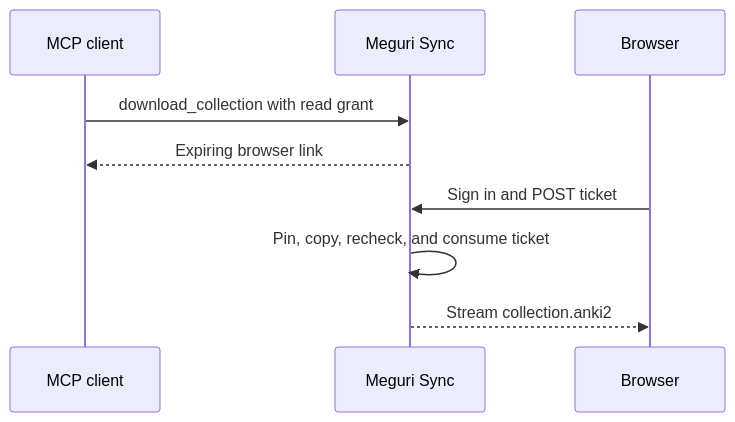
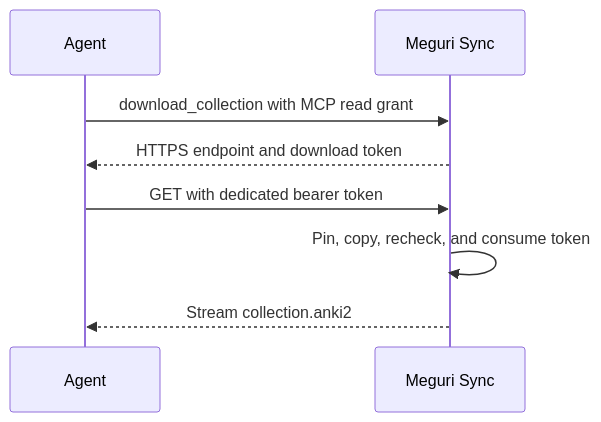
One commit to antoinefink/meguri changed the diagram in docs/plans/2026-11-23-feat-mcp-sqlite-download-plan.md. Above: the diagram before and after it, drawn with Mermaid. The commit also changed other lines of this file and 24 other files, not shown here.

First line of the commit message:
Let agents download the SQLite collection automatically

````diff
--- a/docs/plans/2026-11-23-feat-mcp-sqlite-download-plan.md
+++ b/docs/plans/2026-11-23-feat-mcp-sqlite-download-plan.md
@@ -15,11 +15,10 @@
 ```mermaid
 sequenceDiagram
-    participant Client as MCP client
+    participant Agent
     participant Server as Meguri Sync
-    participant Browser
-    Client->>Server: download_collection with read grant
-    Server-->>Client: Expiring browser link
-    Browser->>Server: Sign in and POST ticket
-    Server->>Server: Pin, copy, recheck, and consume ticket
-    Server-->>Browser: Stream collection.anki2
+    Agent->>Server: download_collection with MCP read grant
+    Server-->>Agent: HTTPS endpoint and download token
+    Agent->>Server: GET with dedicated bearer token
+    Server->>Server: Pin, copy, recheck, and consume token
+    Server-->>Agent: Stream collection.anki2
 ```
````
